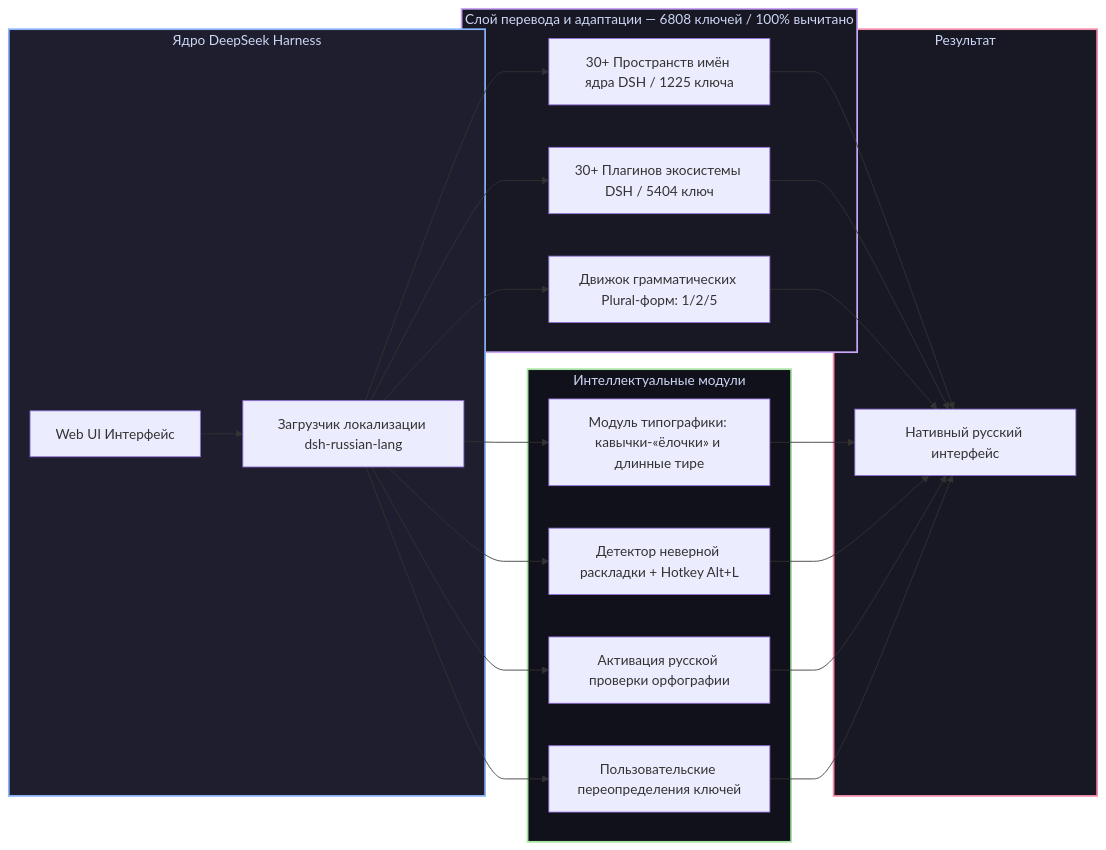
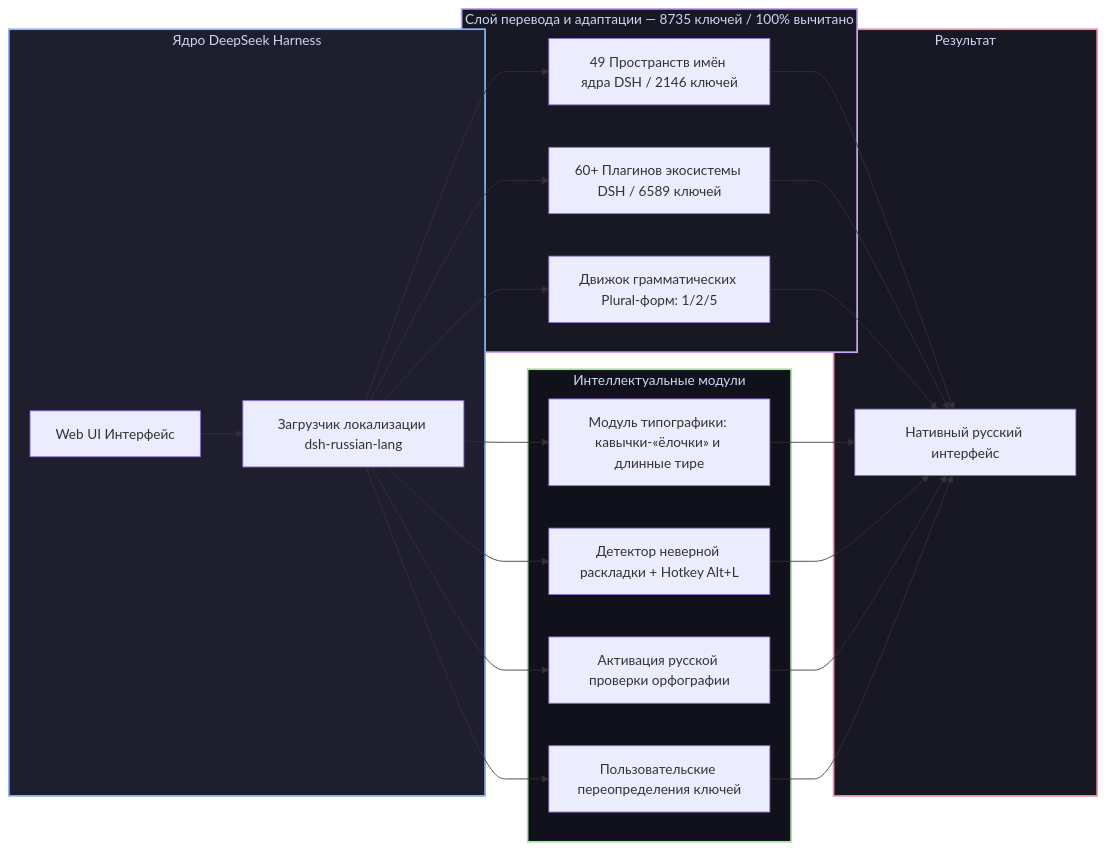
The diagram in README.md (GooDAnDReaDY/dsh-russian-lang), drawn with Mermaid before and after one commit. The commit also changed other lines of this file and 2 other files, not shown here.

Commit message:
docs: обновить промо-баннер и бейджи до v0.2.25 (8,735 ключей, DSH v0.1.6-alpha.2)

````diff
--- a/README.md
+++ b/README.md
@@ -52,34 +52,34 @@
 ```mermaid
 graph LR
     subgraph DSHCore [Ядро DeepSeek Harness]
         DSH[Web UI Интерфейс] --> Loader[Загрузчик локализации dsh-russian-lang]
     end
 
-    subgraph TranslationLayer [Слой перевода и адаптации — 6808 ключей / 100% вычитано]
-        Loader --> CoreDict[30+ Пространств имён ядра DSH / 1225 ключа]
-        Loader --> PluginDict[30+ Плагинов экосистемы DSH / 5404 ключ]
+    subgraph TranslationLayer [Слой перевода и адаптации — 8735 ключей / 100% вычитано]
+        Loader --> CoreDict[49 Пространств имён ядра DSH / 2146 ключей]
+        Loader --> PluginDict[60+ Плагинов экосистемы DSH / 6589 ключей]
         Loader --> PluralEngine[Движок грамматических Plural-форм: 1/2/5]
     end
 
     subgraph SmartFeatures [Интеллектуальные модули]
         Loader --> Typo[Модуль типографики: кавычки-«ёлочки» и длинные тире]
         Loader --> LayoutFix[Детектор неверной раскладки + Hotkey Alt+L]
         Loader --> Spell[Активация русской проверки орфографии]
         Loader --> Overrides[Пользовательские переопределения ключей]
     end
 
     subgraph Result [Результат]
         CoreDict --> NativeUI[Нативный русский интерфейс]
         PluginDict --> NativeUI
         PluralEngine --> NativeUI
         Typo --> NativeUI
         LayoutFix --> NativeUI
         Spell --> NativeUI
         Overrides --> NativeUI
     end
 
     style DSHCore fill:#1e1e2e,stroke:#89b4fa,stroke-width:2px,color:#cdd6f4
     style TranslationLayer fill:#181825,stroke:#cba6f7,stroke-width:2px,color:#cdd6f4
     style SmartFeatures fill:#11111b,stroke:#a6e3a1,stroke-width:2px,color:#cdd6f4
     style Result fill:#181825,stroke:#f38ba8,stroke-width:2px,color:#cdd6f4
 ```
````
